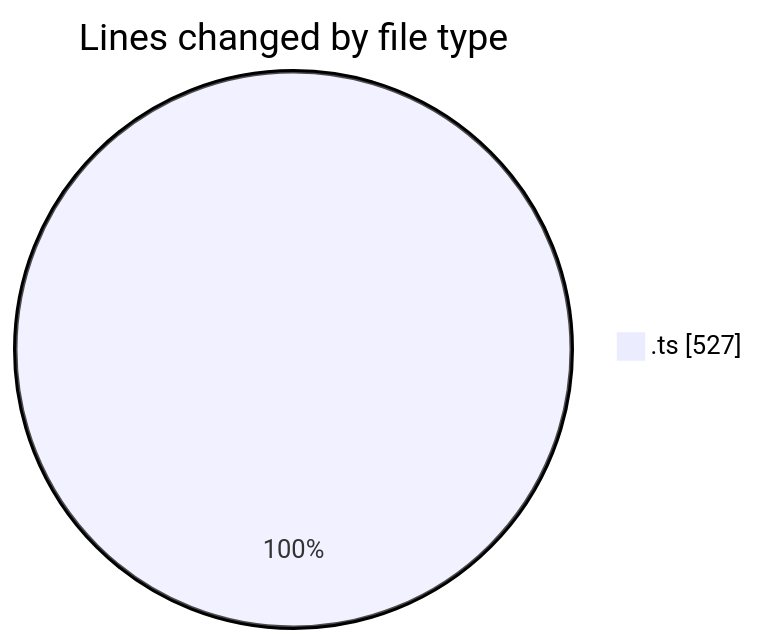
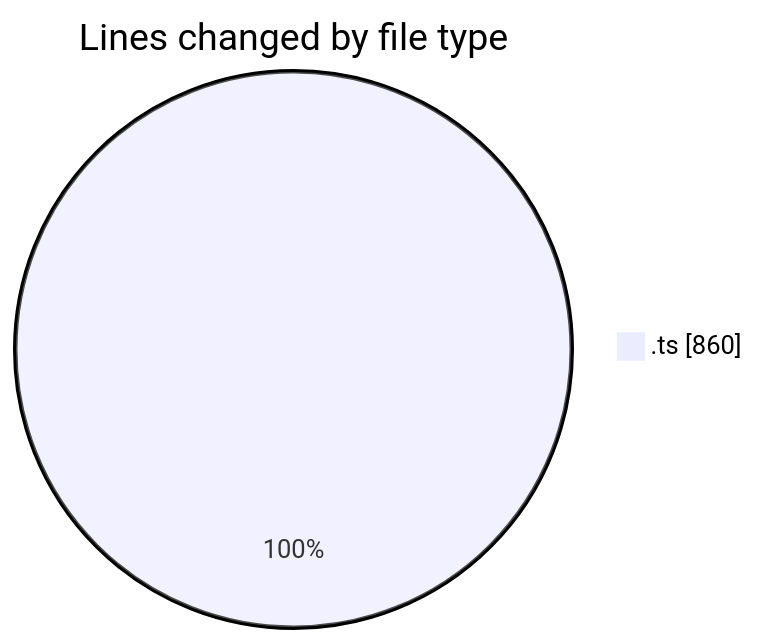
The first of 2 diagrams in 2025-08-07/cda/README.md (momahboobian/code-tracking), drawn with Mermaid before and after one commit. The commit also changed other lines of this file and 1 other file, not shown here.

````diff
--- a/2025-08-07/cda/README.md
+++ b/2025-08-07/cda/README.md
@@ -20,5 +21,5 @@
 ```mermaid
 pie showData
 title Lines changed by file type
-".ts" : 527
+".ts" : 860
 ```
````
